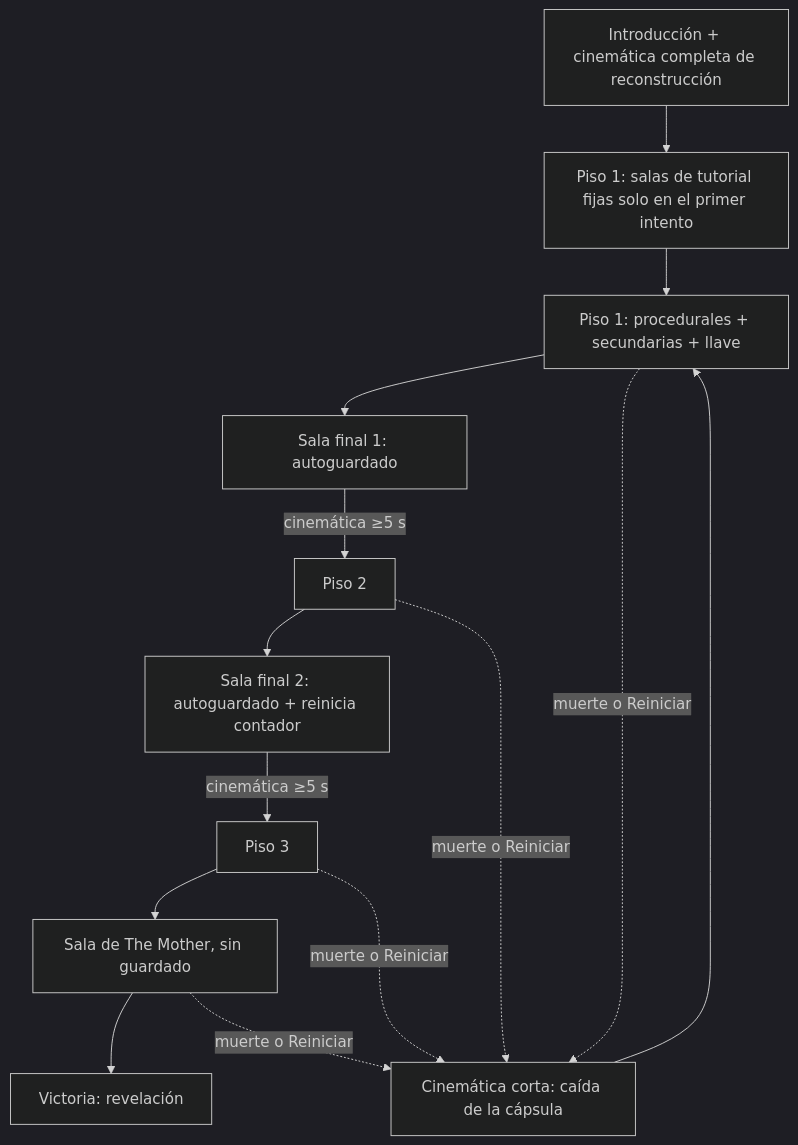
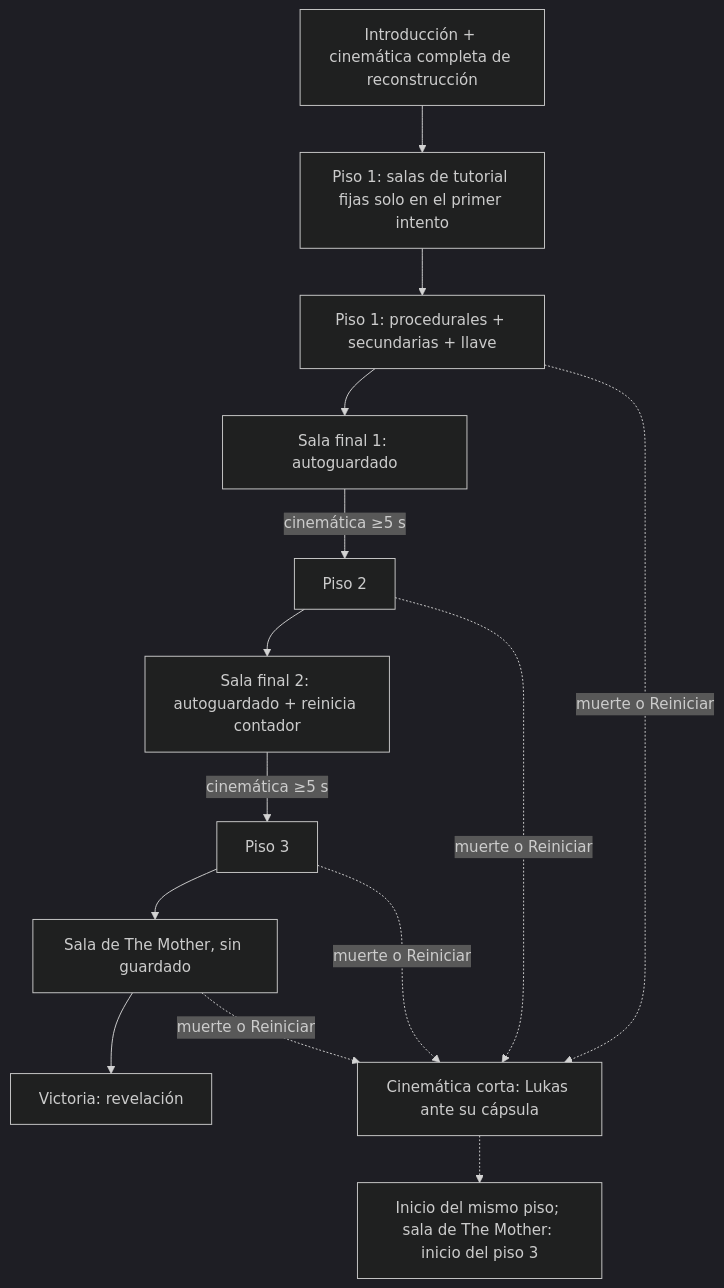
Before and after one commit to ChristianC720/survivalHorror-Demo: the second of 2 diagrams in GDD/02 - Diseño/02 - Mecánicas.md, drawn with Mermaid (dark theme). The commit also changed other lines of this file and 17 other files, not shown here.

````diff
--- a/GDD/02 - Diseño/02 - Mecánicas.md
+++ b/GDD/02 - Diseño/02 - Mecánicas.md
@@ -795,12 +795,12 @@
 ```mermaid
 flowchart TD
     I[Introducción + cinemática completa de reconstrucción] --> T[Piso 1: salas de tutorial fijas solo en el primer intento]
     T --> P1[Piso 1: procedurales + secundarias + llave]
     P1 --> F1[Sala final 1: autoguardado]
     F1 -->|cinemática ≥5 s| P2[Piso 2]
     P2 --> F2[Sala final 2: autoguardado + reinicia contador]
     F2 -->|cinemática ≥5 s| P3[Piso 3]
     P3 --> B[Sala de The Mother, sin guardado]
     B --> V[Victoria: revelación]
-    P1 & P2 & P3 & B -. muerte o Reiniciar .-> R[Cinemática corta: caída de la cápsula] --> P1
+    P1 & P2 & P3 & B -. muerte o Reiniciar .-> R[Cinemática corta: Lukas ante su cápsula] -.-> X[Inicio del mismo piso; sala de The Mother: inicio del piso 3]
 ```
````
